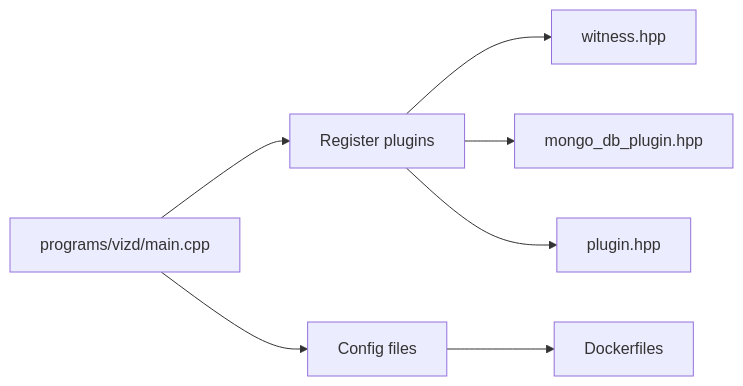
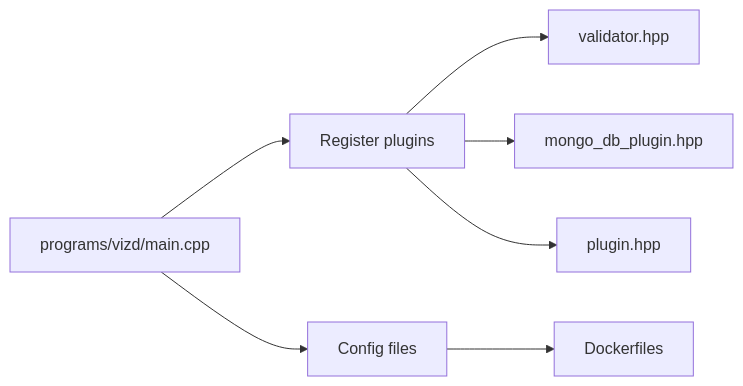
The fifth of 5 diagrams in .qoder/repowiki/en/content/Deployment and Operations/Node Deployment/Node Types and Configurations.md (VIZ-Blockchain/viz-cpp-node), drawn with Mermaid before and after one commit. The commit also changed other lines of this file and 88 other files, not shown here.

First line of the commit message:
docs(validator): rename witness to validator throughout documentation

````diff
--- a/.qoder/repowiki/en/content/Deployment and Operations/Node Deployment/Node Types and Configurations.md
+++ b/.qoder/repowiki/en/content/Deployment and Operations/Node Deployment/Node Types and Configurations.md
@@ -338,9 +338,9 @@
 ```mermaid
 graph LR
 MAIN["programs/vizd/main.cpp"] --> REG["Register plugins"]
-REG --> WIT["witness.hpp"]
+REG --> WIT["validator.hpp"]
 REG --> MONGO["mongo_db_plugin.hpp"]
 REG --> DEBUG["plugin.hpp"]
 MAIN --> CFG["Config files"]
 CFG --> DOCKER["Dockerfiles"]
 ```
````
